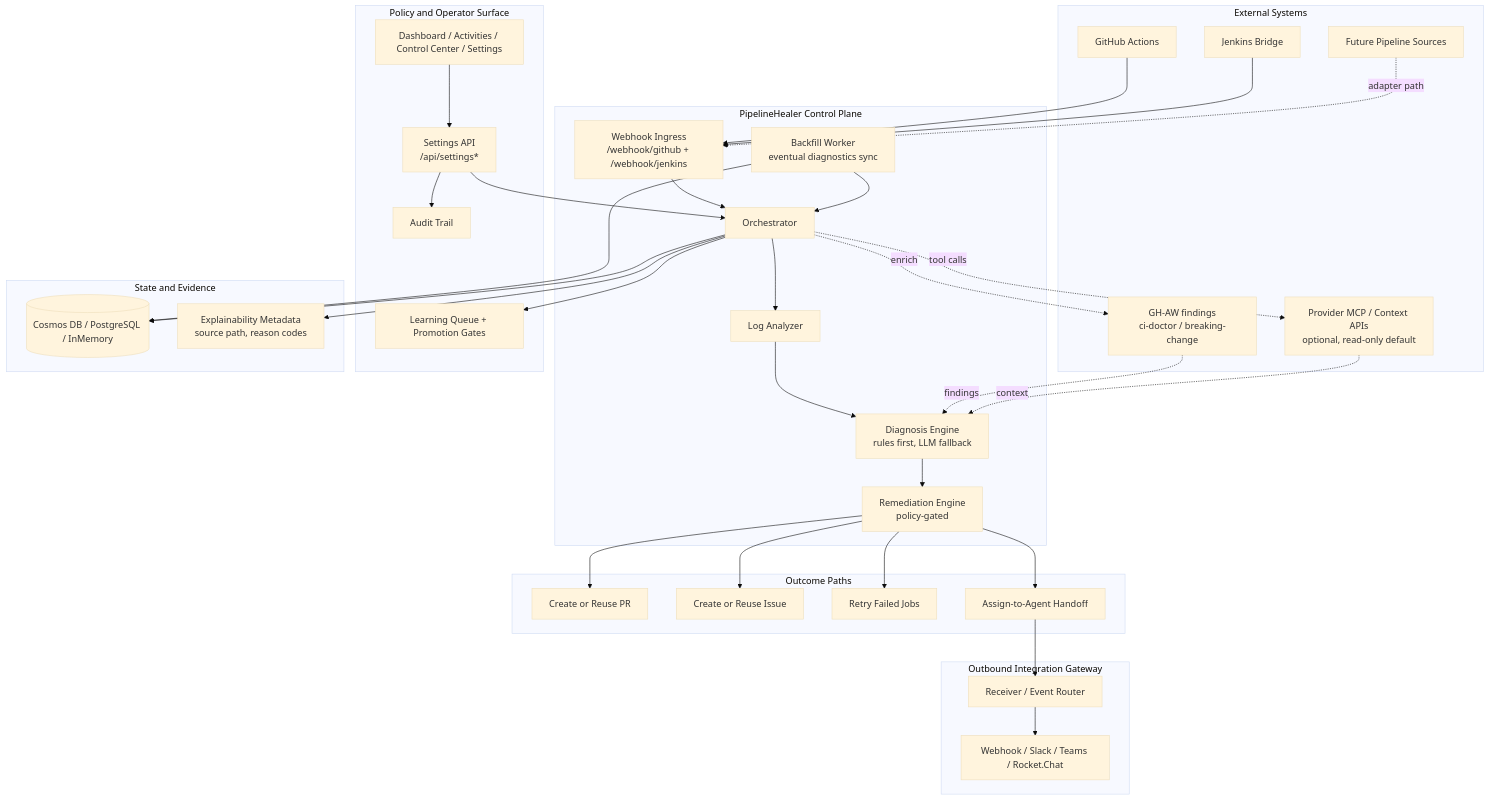
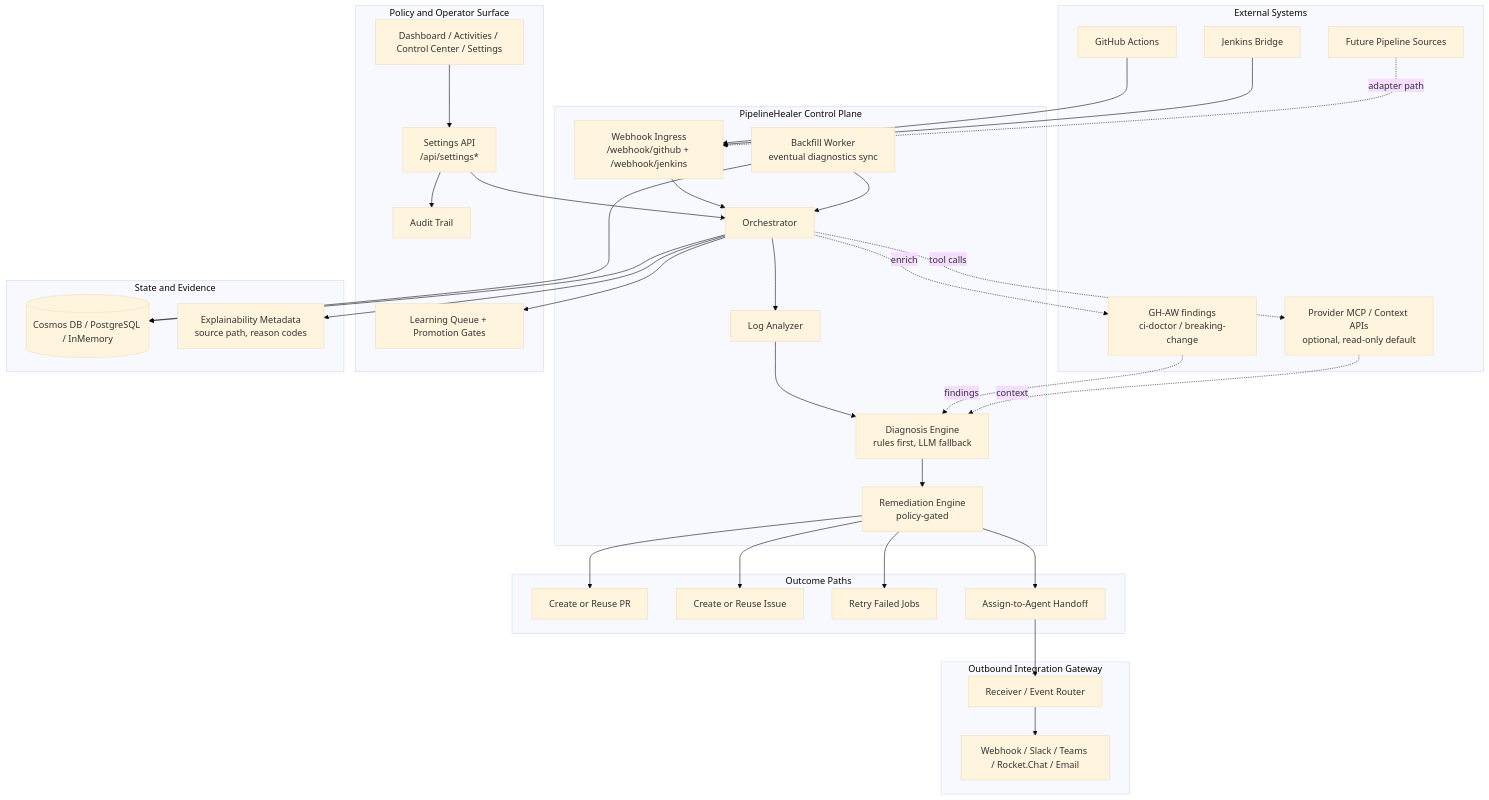
The first of 2 diagrams in README.md (Canepro/pipelinehealer), drawn with Mermaid (base theme) before and after one commit. The commit also changed other lines of this file and 28 other files, not shown here.

````diff
--- a/README.md
+++ b/README.md
@@ -211,66 +211,66 @@
 ```mermaid
 flowchart TB
   subgraph EXT["External Systems"]
     GH["GitHub Actions"]
     JN["Jenkins Bridge"]
     GHAW["GH-AW findings<br/>ci-doctor / breaking-change"]
     MCP["Provider MCP / Context APIs<br/>optional, read-only default"]
     OTH["Future Pipeline Sources"]
   end
 
   subgraph CTRL["PipelineHealer Control Plane"]
     WH["Webhook Ingress<br/>/webhook/github + /webhook/jenkins"]
     ORCH["Orchestrator"]
     ANA["Log Analyzer"]
     DIA["Diagnosis Engine<br/>rules first, LLM fallback"]
     REM["Remediation Engine<br/>policy-gated"]
     BF["Backfill Worker<br/>eventual diagnostics sync"]
   end
 
   subgraph GOV["Policy and Operator Surface"]
     UI["Dashboard / Activities / Control Center / Settings"]
     API["Settings API<br/>/api/settings*"]
     AUD["Audit Trail"]
     LRN["Learning Queue + Promotion Gates"]
   end
 
   subgraph DATA["State and Evidence"]
     DB[("Cosmos DB / PostgreSQL / InMemory")]
     EXP["Explainability Metadata<br/>source path, reason codes"]
   end
 
   subgraph OUT["Outcome Paths"]
     PR["Create or Reuse PR"]
     IS["Create or Reuse Issue"]
     RR["Retry Failed Jobs"]
     HO["Assign-to-Agent Handoff"]
   end
 
   subgraph GATE["Outbound Integration Gateway"]
     RECV["Receiver / Event Router"]
-    SINK["Webhook / Slack / Teams / Rocket.Chat"]
+    SINK["Webhook / Slack / Teams / Rocket.Chat / Email"]
   end
 
   GH --> WH --> ORCH
   JN --> WH
   OTH -. adapter path .-> WH
   ORCH --> ANA --> DIA --> REM
   REM --> PR
   REM --> IS
   REM --> RR
   REM --> HO
   HO --> RECV --> SINK
 
   ORCH -. enrich .-> GHAW
   GHAW -. findings .-> DIA
   ORCH -. tool calls .-> MCP
   MCP -. context .-> DIA
 
   UI --> API --> ORCH
   API --> AUD
   ORCH --> LRN
   BF --> ORCH
   BF --> DB
   ORCH --> DB
   ORCH --> EXP
 ```
````
